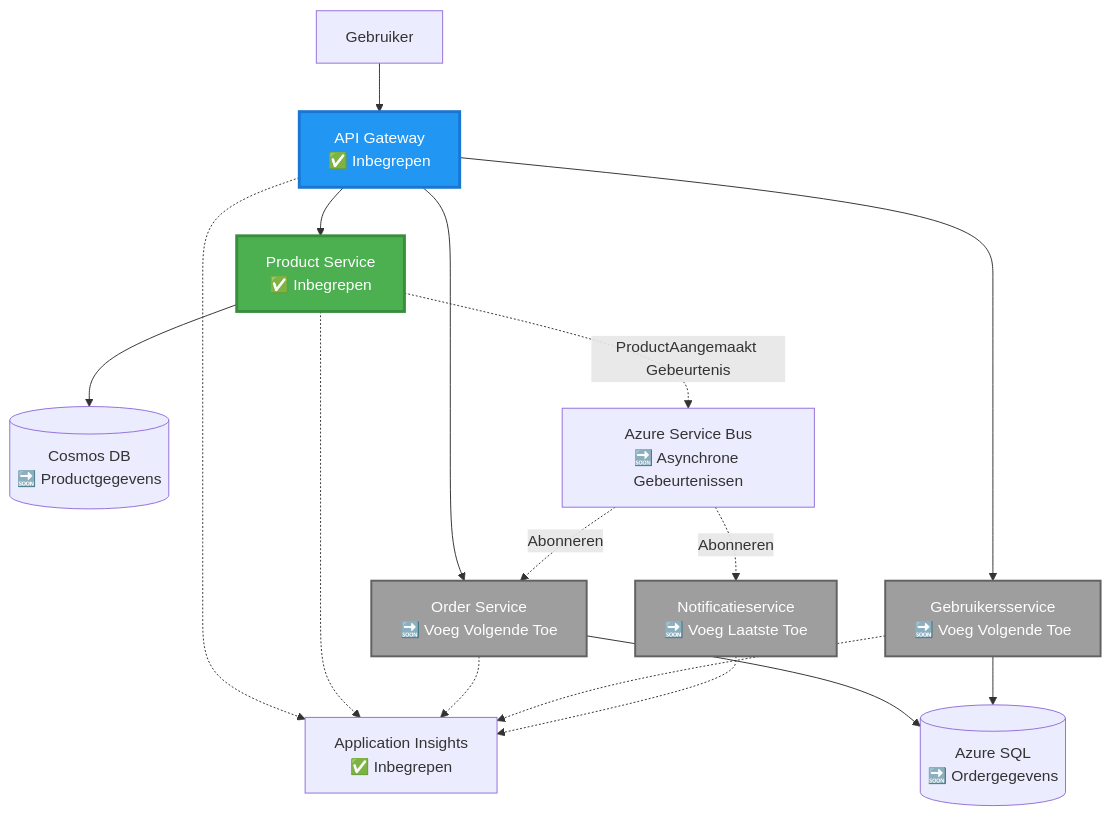
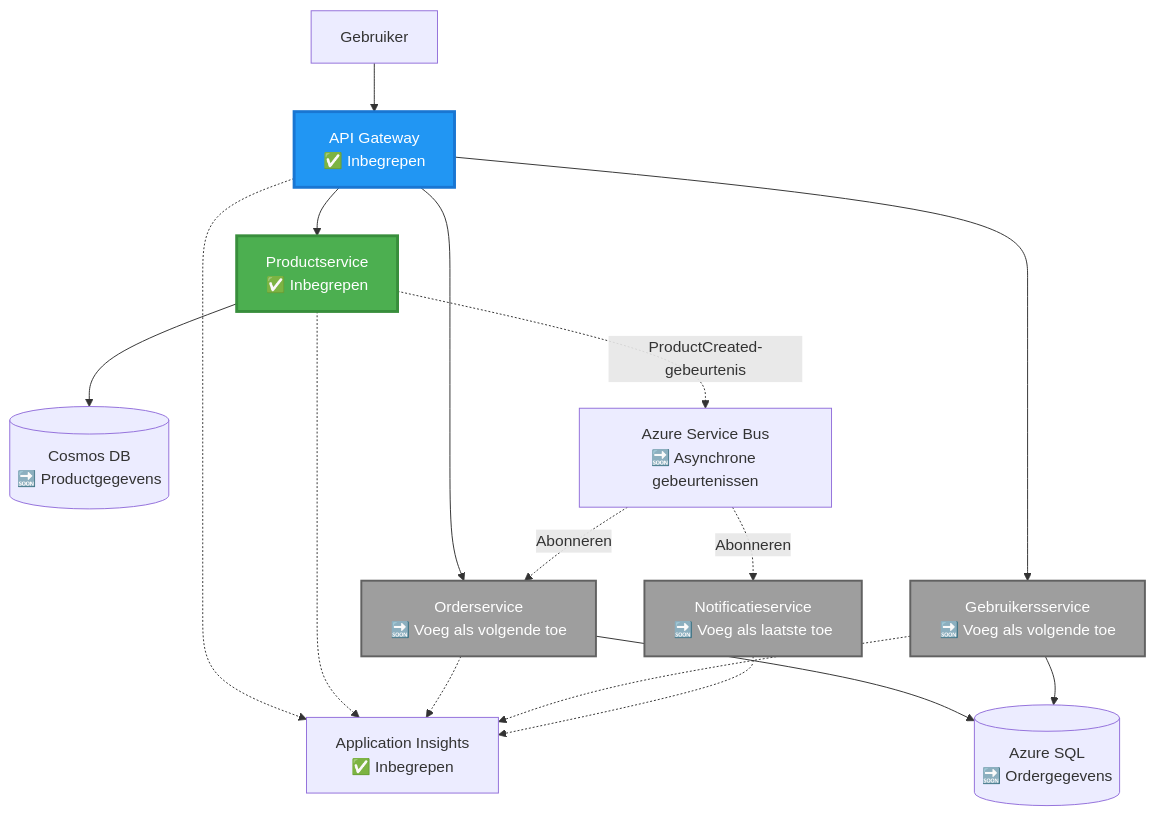
One commit to microsoft/AZD-for-beginners changed the second of 4 diagrams in translations/nl/examples/microservices/README.md. Above: the diagram before and after it, drawn with Mermaid. The commit also changed other lines of this file and 242 other files, not shown here.

````diff
--- a/translations/nl/examples/microservices/README.md
+++ b/translations/nl/examples/microservices/README.md
@@ -78,39 +69,39 @@
 ```mermaid
 graph TB
     User[Gebruiker]
     Gateway[API Gateway<br/>✅ Inbegrepen]
-    Product[Product Service<br/>✅ Inbegrepen]
-    Order[Order Service<br/>🔜 Voeg Volgende Toe]
-    UserSvc[Gebruikersservice<br/>🔜 Voeg Volgende Toe]
-    Notify[Notificatieservice<br/>🔜 Voeg Laatste Toe]
+    Product[Productservice<br/>✅ Inbegrepen]
+    Order[Orderservice<br/>🔜 Voeg als volgende toe]
+    UserSvc[Gebruikersservice<br/>🔜 Voeg als volgende toe]
+    Notify[Notificatieservice<br/>🔜 Voeg als laatste toe]
     
     CosmosDB[(Cosmos DB<br/>🔜 Productgegevens)]
     AzureSQL[(Azure SQL<br/>🔜 Ordergegevens)]
-    ServiceBus[Azure Service Bus<br/>🔜 Asynchrone Gebeurtenissen]
+    ServiceBus[Azure Service Bus<br/>🔜 Asynchrone gebeurtenissen]
     AppInsights[Application Insights<br/>✅ Inbegrepen]
     
     User --> Gateway
     Gateway --> Product
     Gateway --> Order
     Gateway --> UserSvc
     
     Product --> CosmosDB
     Order --> AzureSQL
     UserSvc --> AzureSQL
     
-    Product -.->|ProductAangemaakt Gebeurtenis| ServiceBus
+    Product -.->|ProductCreated-gebeurtenis| ServiceBus
     ServiceBus -.->|Abonneren| Notify
     ServiceBus -.->|Abonneren| Order
     
     Gateway -.-> AppInsights
     Product -.-> AppInsights
     Order -.-> AppInsights
     UserSvc -.-> AppInsights
     Notify -.-> AppInsights
     
     style Product fill:#4CAF50,stroke:#388E3C,stroke-width:3px,color:#fff
     style Gateway fill:#2196F3,stroke:#1976D2,stroke-width:3px,color:#fff
     style Order fill:#9E9E9E,stroke:#616161,stroke-width:2px,color:#fff
     style UserSvc fill:#9E9E9E,stroke:#616161,stroke-width:2px,color:#fff
     style Notify fill:#9E9E9E,stroke:#616161,stroke-width:2px,color:#fff
 ```
````
